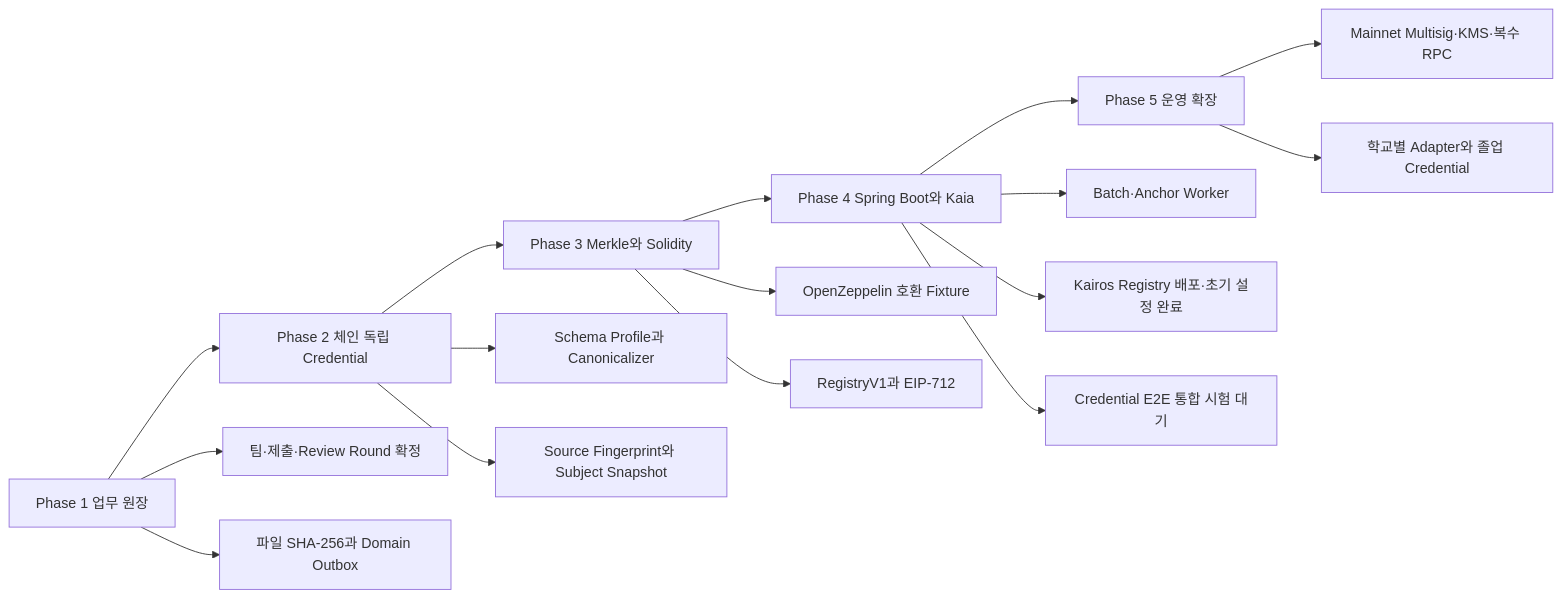
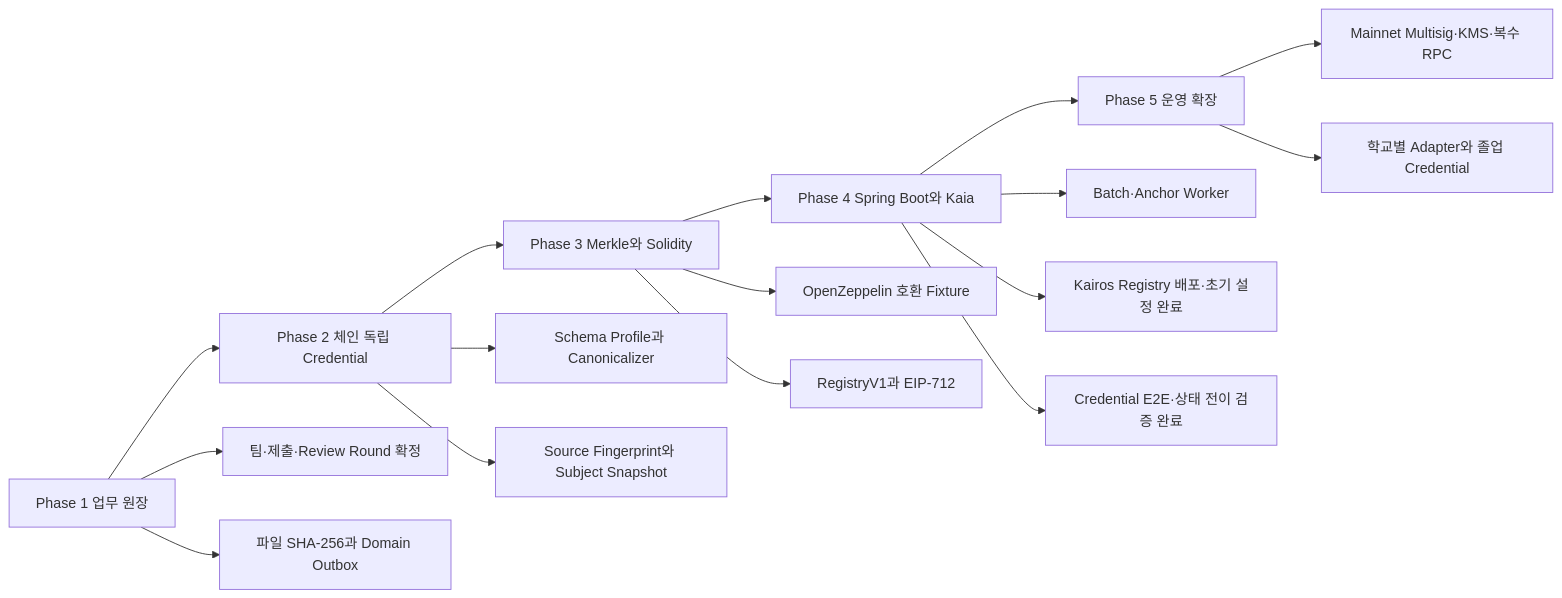
One commit to Tok-Baro/Trekkey_BackEnd changed diagram 21 of 22 in docs/architecture-diagrams.md. Above: the diagram before and after it, drawn with Mermaid. The commit also changed other lines of this file and 34 other files, not shown here.

````diff
--- a/docs/architecture-diagrams.md
+++ b/docs/architecture-diagrams.md
@@ -594,19 +599,19 @@
 ```mermaid
 flowchart LR
     phase1["Phase 1 업무 원장"] --> phase2["Phase 2 체인 독립 Credential"]
     phase2 --> phase3["Phase 3 Merkle와 Solidity"]
     phase3 --> phase4["Phase 4 Spring Boot와 Kaia"]
     phase4 --> phase5["Phase 5 운영 확장"]
 
     phase1 --> p1a["팀·제출·Review Round 확정"]
     phase1 --> p1b["파일 SHA-256과 Domain Outbox"]
     phase2 --> p2a["Schema Profile과 Canonicalizer"]
     phase2 --> p2b["Source Fingerprint와 Subject Snapshot"]
     phase3 --> p3a["OpenZeppelin 호환 Fixture"]
     phase3 --> p3b["RegistryV1과 EIP-712"]
     phase4 --> p4a["Batch·Anchor Worker"]
     phase4 --> p4b["Kairos Registry 배포·초기 설정 완료"]
-    phase4 --> p4c["Credential E2E 통합 시험 대기"]
+    phase4 --> p4c["Credential E2E·상태 전이 검증 완료"]
     phase5 --> p5a["Mainnet Multisig·KMS·복수 RPC"]
     phase5 --> p5b["학교별 Adapter와 졸업 Credential"]
 ```
````
